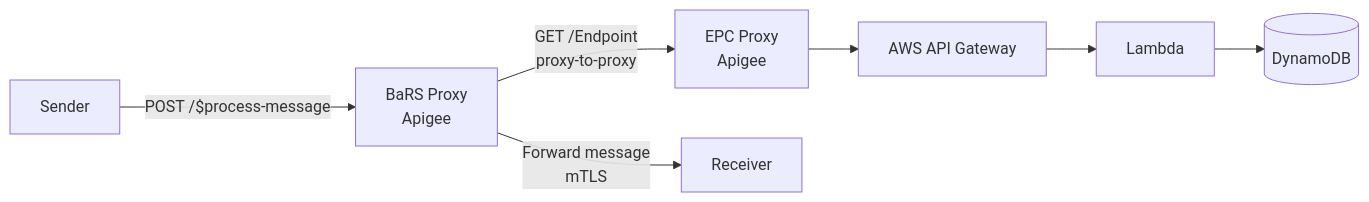
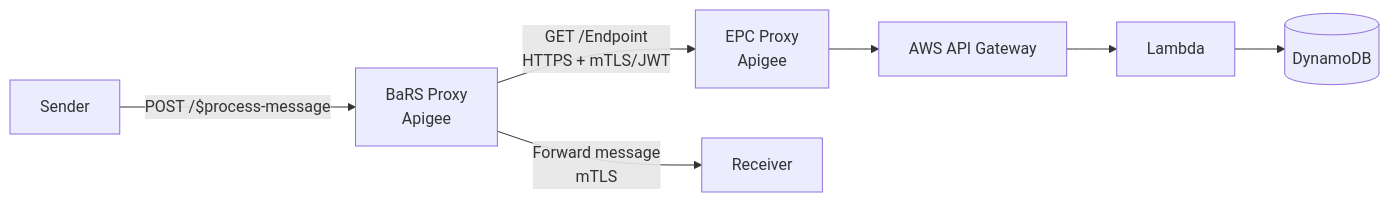
The diagram in Documents/bars-proxy-to-epc-proxy-chaining.md (RichardWardNHSD/epc-work), drawn with Mermaid before and after one commit. The commit also changed other lines of this file, not shown here.

````diff
--- a/Documents/bars-proxy-to-epc-proxy-chaining.md
+++ b/Documents/bars-proxy-to-epc-proxy-chaining.md
@@ -44,8 +46,8 @@
 ```mermaid
 graph LR
     SENDER[Sender] -->|POST /$process-message| BARS[BaRS Proxy<br/>Apigee]
-    BARS -->|GET /Endpoint<br/>proxy-to-proxy| EPC[EPC Proxy<br/>Apigee]
+    BARS -->|GET /Endpoint<br/>HTTPS + mTLS/JWT| EPC[EPC Proxy<br/>Apigee]
     EPC --> APIGW[AWS API Gateway]
     APIGW --> LAMBDA[Lambda] --> DDB[(DynamoDB)]
     BARS -->|Forward message<br/>mTLS| RECEIVER[Receiver]
 ```
````
